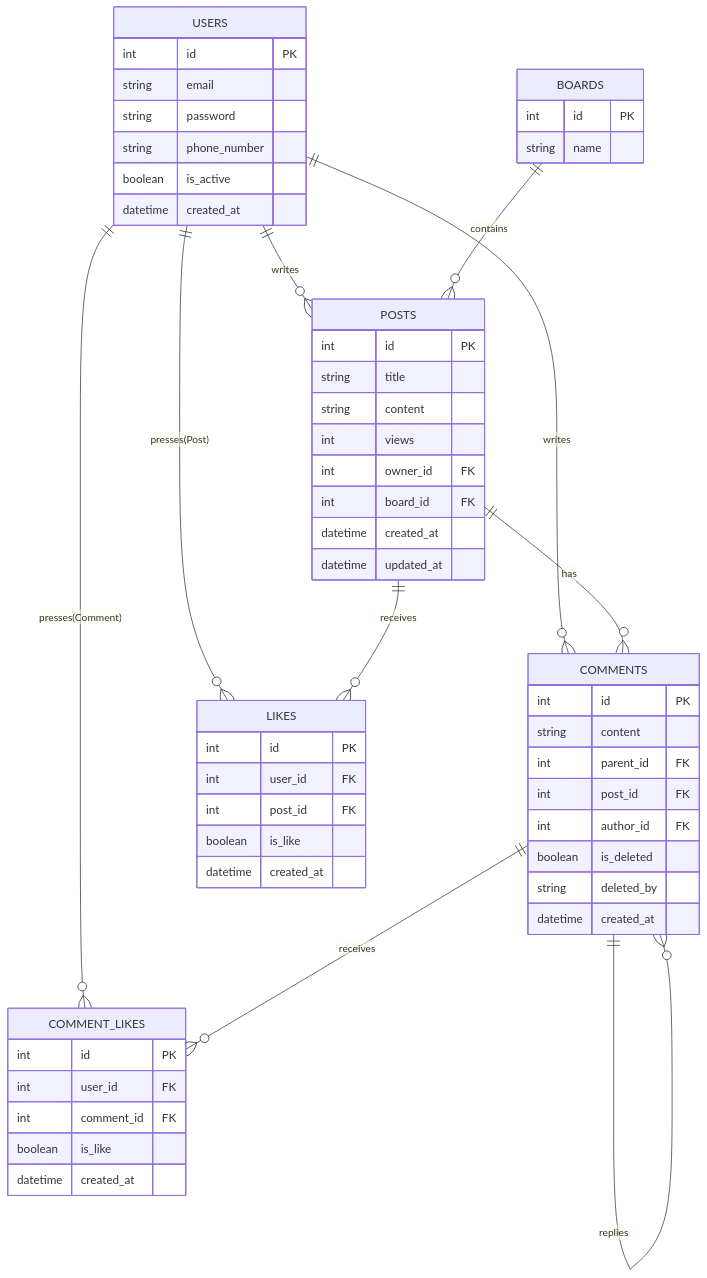
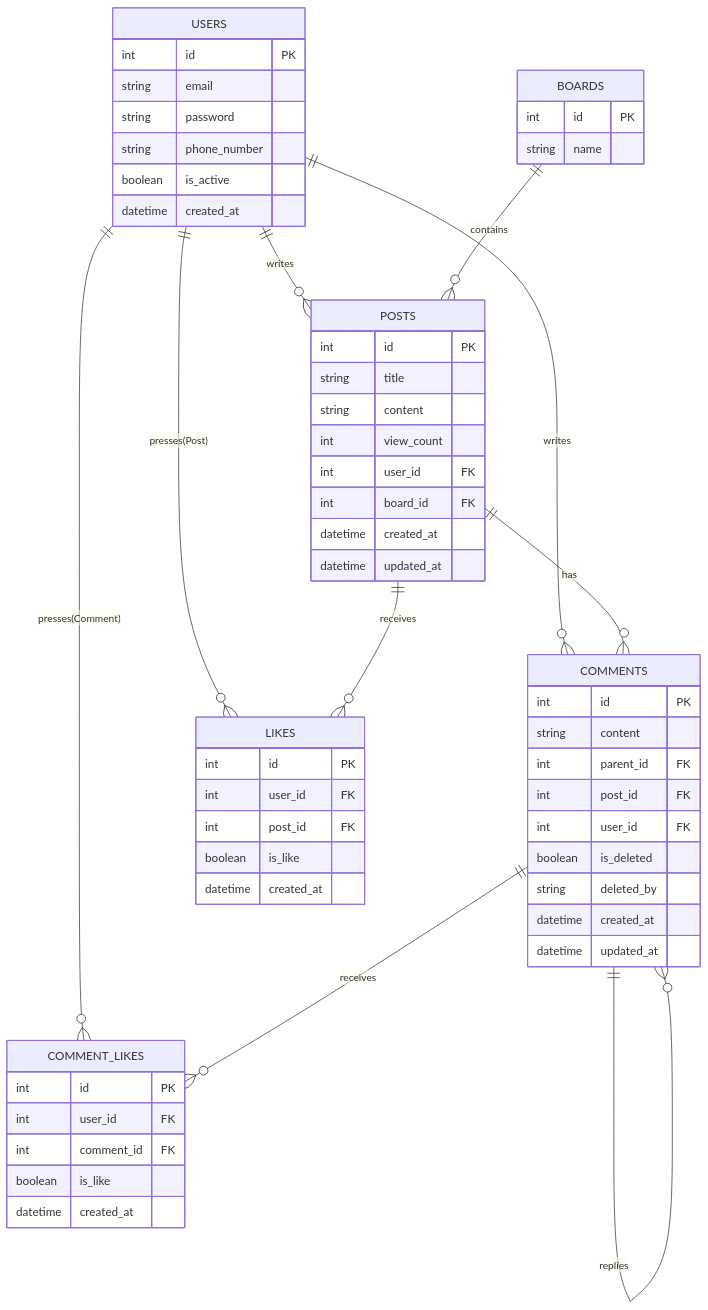
One commit to jmh0856-boop/team-board-api changed the diagram in README.md. Above: the diagram before and after it, drawn with Mermaid. The commit also changed other lines of this file, not shown here.

````diff
--- a/README.md
+++ b/README.md
@@ -7,64 +67,65 @@
 ```mermaid
 erDiagram
     USERS ||--o{ POSTS : writes
     USERS ||--o{ COMMENTS : writes
     USERS ||--o{ LIKES : "presses(Post)"
     USERS ||--o{ COMMENT_LIKES : "presses(Comment)"
     POSTS ||--o{ COMMENTS : has
     POSTS ||--o{ LIKES : "receives"
     BOARDS ||--o{ POSTS : contains
     COMMENTS ||--o{ COMMENTS : replies
     COMMENTS ||--o{ COMMENT_LIKES : "receives"
 
     USERS {
         int id PK
         string email
         string password
         string phone_number
         boolean is_active
         datetime created_at
     }
 
     BOARDS {
         int id PK
         string name
     }
 
     POSTS {
         int id PK
         string title
         string content
-        int views
-        int owner_id FK
+        int view_count
+        int user_id FK
         int board_id FK
         datetime created_at
         datetime updated_at
     }
 
     LIKES {
         int id PK
         int user_id FK
         int post_id FK
         boolean is_like
         datetime created_at
     }
 
     COMMENT_LIKES {
         int id PK
         int user_id FK
         int comment_id FK
         boolean is_like
         datetime created_at
     }
 
     COMMENTS {
         int id PK
         string content
         int parent_id FK
         int post_id FK
-        int author_id FK
+        int user_id FK
         boolean is_deleted
         string deleted_by
         datetime created_at
+        datetime updated_at
     }
 ```
````
